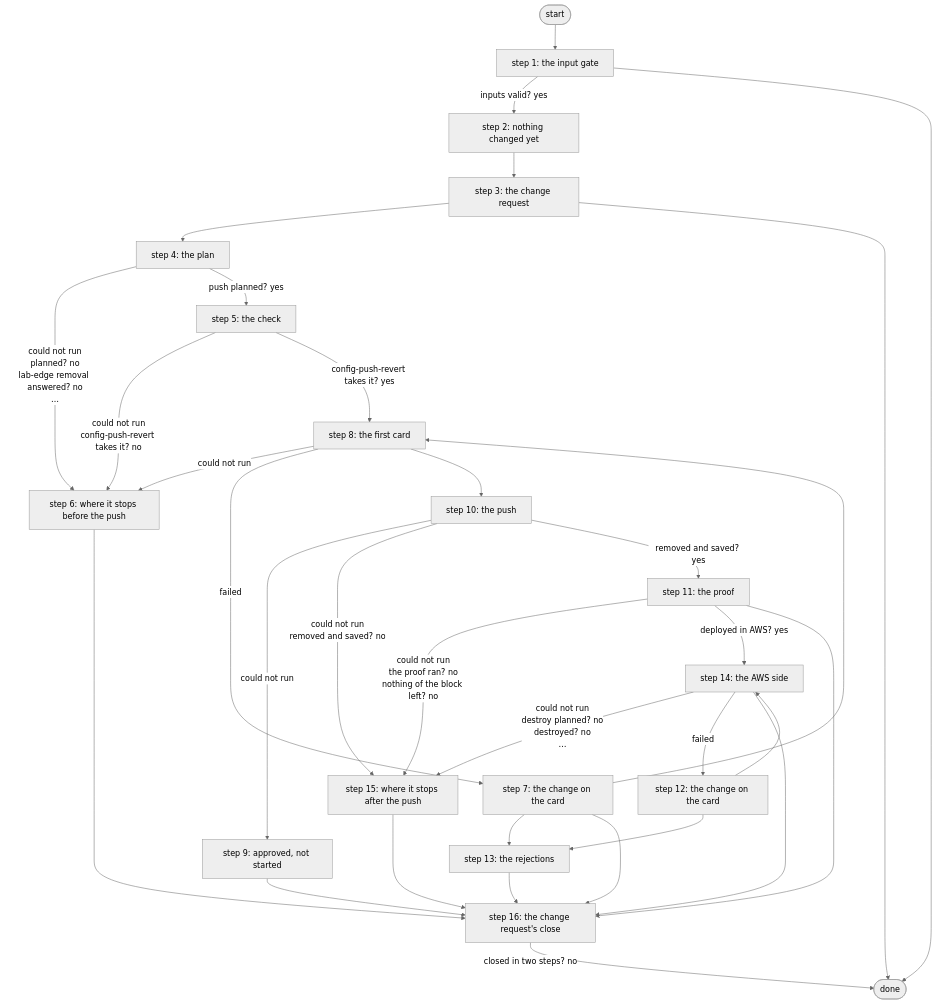
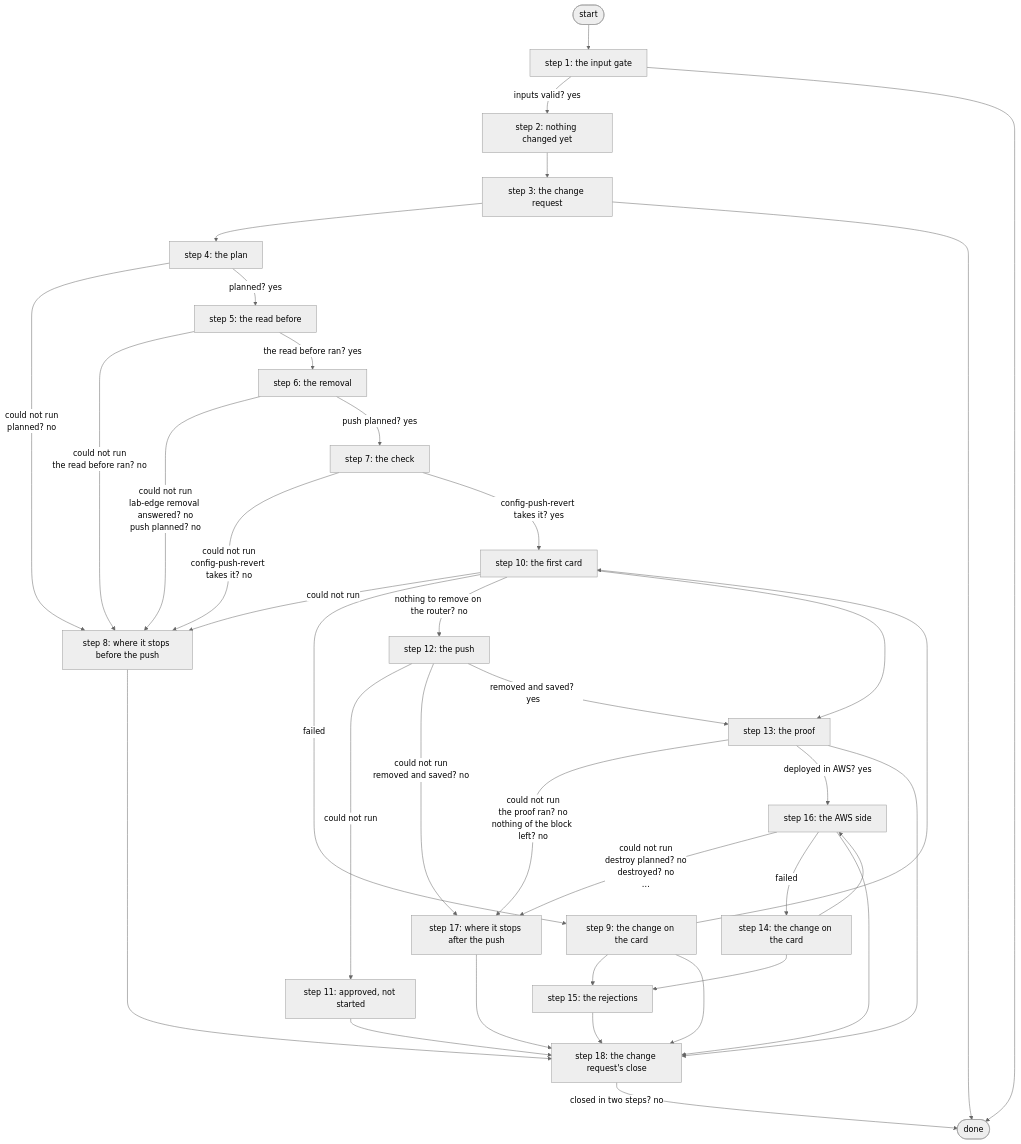
The diagram in docs/workflows/tear-down-aws-vpn.md (E-Conners-Lab/itential-enterprise-lab), drawn with Mermaid (neutral theme) before and after one commit. The commit also changed other lines of this file and 8 other files, not shown here.

First line of the commit message:
fix(aws): Tear Down skips the router push when the block is not there (#236)

````diff
--- a/docs/workflows/tear-down-aws-vpn.md
+++ b/docs/workflows/tear-down-aws-vpn.md
@@ -56,53 +57,60 @@
 ```mermaid
 flowchart TD
   S([start])
   E([done])
   s1["step 1: the input gate"]
   s2["step 2: nothing changed yet"]
   s3["step 3: the change request"]
   s4["step 4: the plan"]
-  s5["step 5: the check"]
-  s6["step 6: where it stops before the push"]
-  s7["step 7: the change on the card"]
-  s8["step 8: the first card"]
-  s9["step 9: approved, not started"]
-  s10["step 10: the push"]
-  s11["step 11: the proof"]
-  s12["step 12: the change on the card"]
-  s13["step 13: the rejections"]
-  s14["step 14: the AWS side"]
-  s15["step 15: where it stops after the push"]
-  s16["step 16: the change request's close"]
+  s5["step 5: the read before"]
+  s6["step 6: the removal"]
+  s7["step 7: the check"]
+  s8["step 8: where it stops before the push"]
+  s9["step 9: the change on the card"]
+  s10["step 10: the first card"]
+  s11["step 11: approved, not started"]
+  s12["step 12: the push"]
+  s13["step 13: the proof"]
+  s14["step 14: the change on the card"]
+  s15["step 15: the rejections"]
+  s16["step 16: the AWS side"]
+  s17["step 17: where it stops after the push"]
+  s18["step 18: the change request's close"]
   S --> s1
   s2 --> s3
-  s4 -- "could not run<br/>planned? no<br/>lab-edge removal answered? no<br/>…" --> s6
-  s4 -- "push planned? yes" --> s5
-  s5 -- "could not run<br/>config-push-revert takes it? no" --> s6
-  s5 -- "config-push-revert takes it? yes" --> s8
-  s8 -- "could not run" --> s6
-  s8 -- "failed" --> s7
-  s8 --> s10
-  s10 -- "could not run" --> s9
-  s10 -- "could not run<br/>removed and saved? no" --> s15
-  s10 -- "removed and saved? yes" --> s11
-  s11 -- "could not run<br/>the proof ran? no<br/>nothing of the block left? no" --> s15
-  s11 -- "deployed in AWS? yes" --> s14
-  s11 --> s16
-  s14 -- "could not run<br/>destroy planned? no<br/>destroyed? no<br/>…" --> s15
-  s14 -- "failed" --> s12
-  s14 --> s16
-  s13 --> s16
-  s6 --> s16
-  s15 --> s16
-  s9 --> s16
+  s4 -- "could not run<br/>planned? no" --> s8
+  s4 -- "planned? yes" --> s5
+  s5 -- "could not run<br/>the read before ran? no" --> s8
+  s5 -- "the read before ran? yes" --> s6
+  s6 -- "could not run<br/>lab-edge removal answered? no<br/>push planned? no" --> s8
+  s6 -- "push planned? yes" --> s7
+  s7 -- "could not run<br/>config-push-revert takes it? no" --> s8
+  s7 -- "config-push-revert takes it? yes" --> s10
+  s10 -- "could not run" --> s8
+  s10 -- "failed" --> s9
+  s10 -- "nothing to remove on the router? no" --> s12
+  s10 --> s13
+  s12 -- "could not run" --> s11
+  s12 -- "could not run<br/>removed and saved? no" --> s17
+  s12 -- "removed and saved? yes" --> s13
+  s13 -- "could not run<br/>the proof ran? no<br/>nothing of the block left? no" --> s17
+  s13 -- "deployed in AWS? yes" --> s16
+  s13 --> s18
+  s16 -- "could not run<br/>destroy planned? no<br/>destroyed? no<br/>…" --> s17
+  s16 -- "failed" --> s14
+  s16 --> s18
+  s15 --> s18
+  s8 --> s18
+  s17 --> s18
+  s11 --> s18
   s3 --> s4
   s3 --> E
-  s7 --> s8
-  s7 --> s13
-  s7 --> s16
-  s12 --> s14
-  s12 --> s13
-  s16 -- "closed in two steps? no" --> E
+  s9 --> s10
+  s9 --> s15
+  s9 --> s18
+  s14 --> s16
+  s14 --> s15
+  s18 -- "closed in two steps? no" --> E
   s1 -- "inputs valid? yes" --> s2
   s1 --> E
 ```
````
